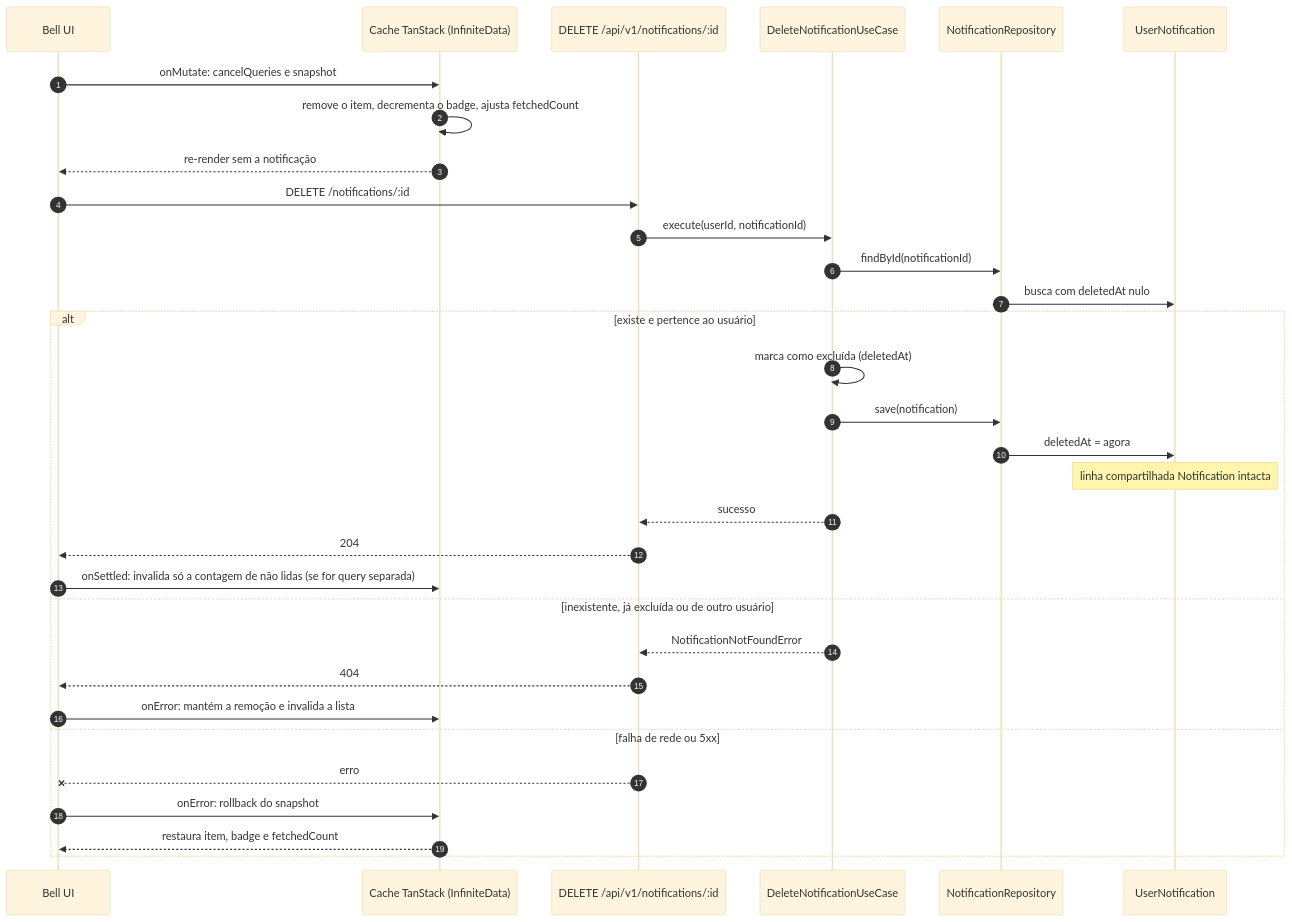
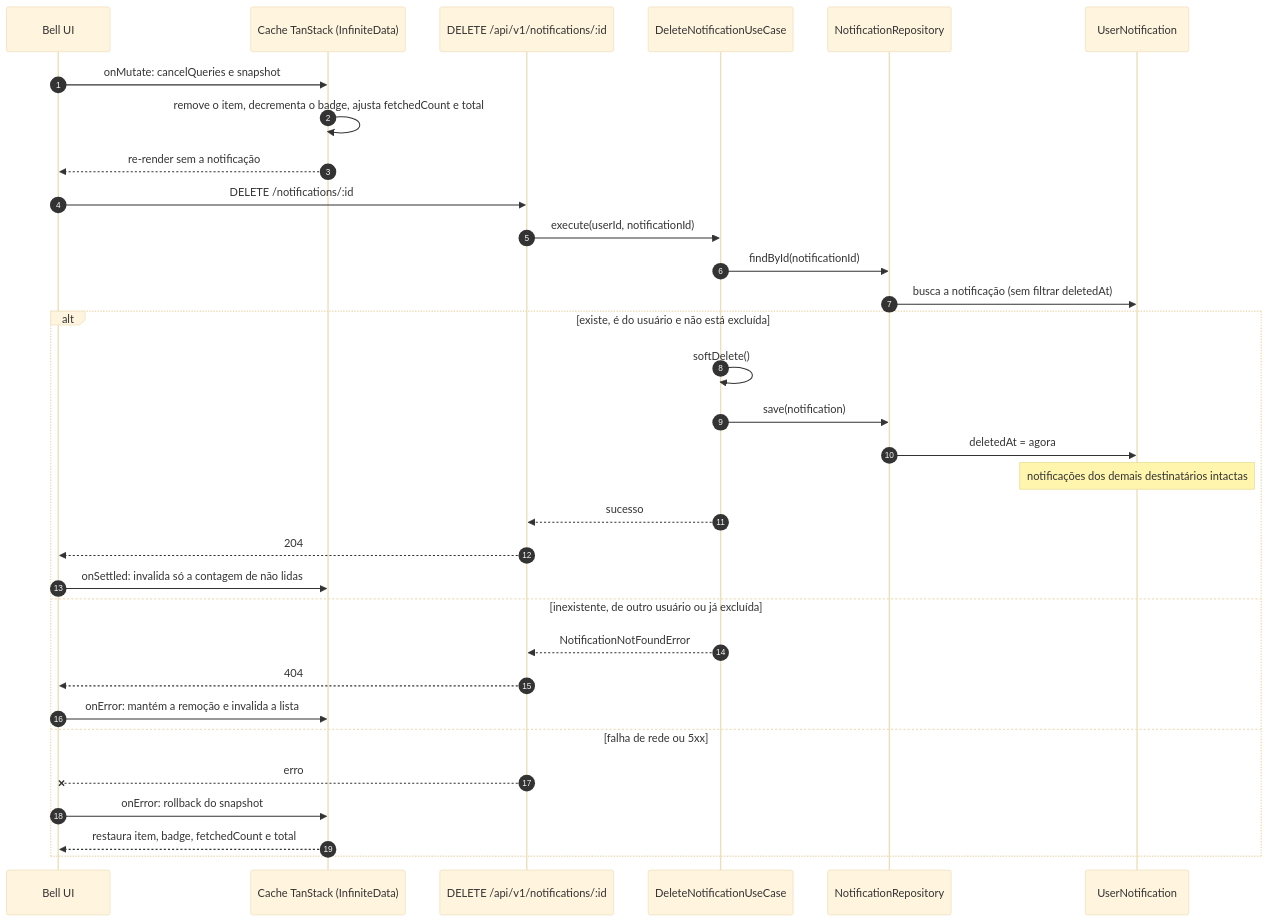
Before and after one commit to Cahmoraes/clean-arch-solid-ddd: the diagram in docs/superpowers/notification-delete/specs/diagrams/notification-delete-design_01_sequence_delete_notification.mmd, drawn with Mermaid (base theme). The commit also changed 1 other file, not shown here.

Commit message:
docs(notification-delete): alinha o design ao codigo pesquisado
Claude-Session: https://claude.ai/code/session_01PgFG13SHLTeWfds7Pinf2j

```diff
--- a/docs/superpowers/notification-delete/specs/diagrams/notification-delete-design_01_sequence_delete_notification.mmd
+++ b/docs/superpowers/notification-delete/specs/diagrams/notification-delete-design_01_sequence_delete_notification.mmd
@@ -1,33 +1,33 @@
 sequenceDiagram
     autonumber
     participant Bell as Bell UI
     participant Cache as Cache TanStack (InfiniteData)
     participant API as DELETE /api/v1/notifications/:id
     participant UC as DeleteNotificationUseCase
     participant Repo as NotificationRepository
     participant UN as UserNotification
 
     Bell->>Cache: onMutate: cancelQueries e snapshot
-    Cache->>Cache: remove o item, decrementa o badge, ajusta fetchedCount
+    Cache->>Cache: remove o item, decrementa o badge, ajusta fetchedCount e total
     Cache-->>Bell: re-render sem a notificação
     Bell->>API: DELETE /notifications/:id
     API->>UC: execute(userId, notificationId)
     UC->>Repo: findById(notificationId)
-    Repo->>UN: busca com deletedAt nulo
-    alt existe e pertence ao usuário
-        UC->>UC: marca como excluída (deletedAt)
+    Repo->>UN: busca a notificação (sem filtrar deletedAt)
+    alt existe, é do usuário e não está excluída
+        UC->>UC: softDelete()
         UC->>Repo: save(notification)
         Repo->>UN: deletedAt = agora
-        Note over UN: linha compartilhada Notification intacta
+        Note over UN: notificações dos demais destinatários intactas
         UC-->>API: sucesso
         API-->>Bell: 204
-        Bell->>Cache: onSettled: invalida só a contagem de não lidas (se for query separada)
-    else inexistente, já excluída ou de outro usuário
+        Bell->>Cache: onSettled: invalida só a contagem de não lidas
+    else inexistente, de outro usuário ou já excluída
         UC-->>API: NotificationNotFoundError
         API-->>Bell: 404
         Bell->>Cache: onError: mantém a remoção e invalida a lista
     else falha de rede ou 5xx
         API--xBell: erro
         Bell->>Cache: onError: rollback do snapshot
-        Cache-->>Bell: restaura item, badge e fetchedCount
+        Cache-->>Bell: restaura item, badge, fetchedCount e total
     end
```
